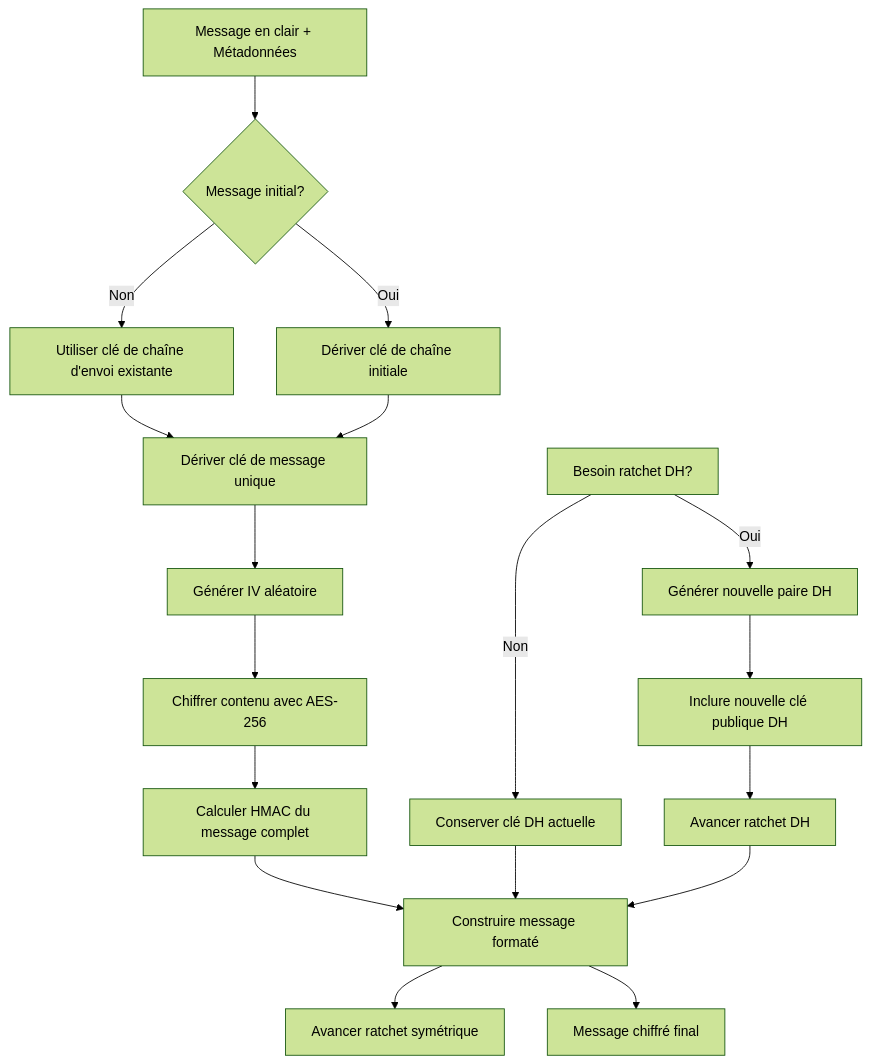
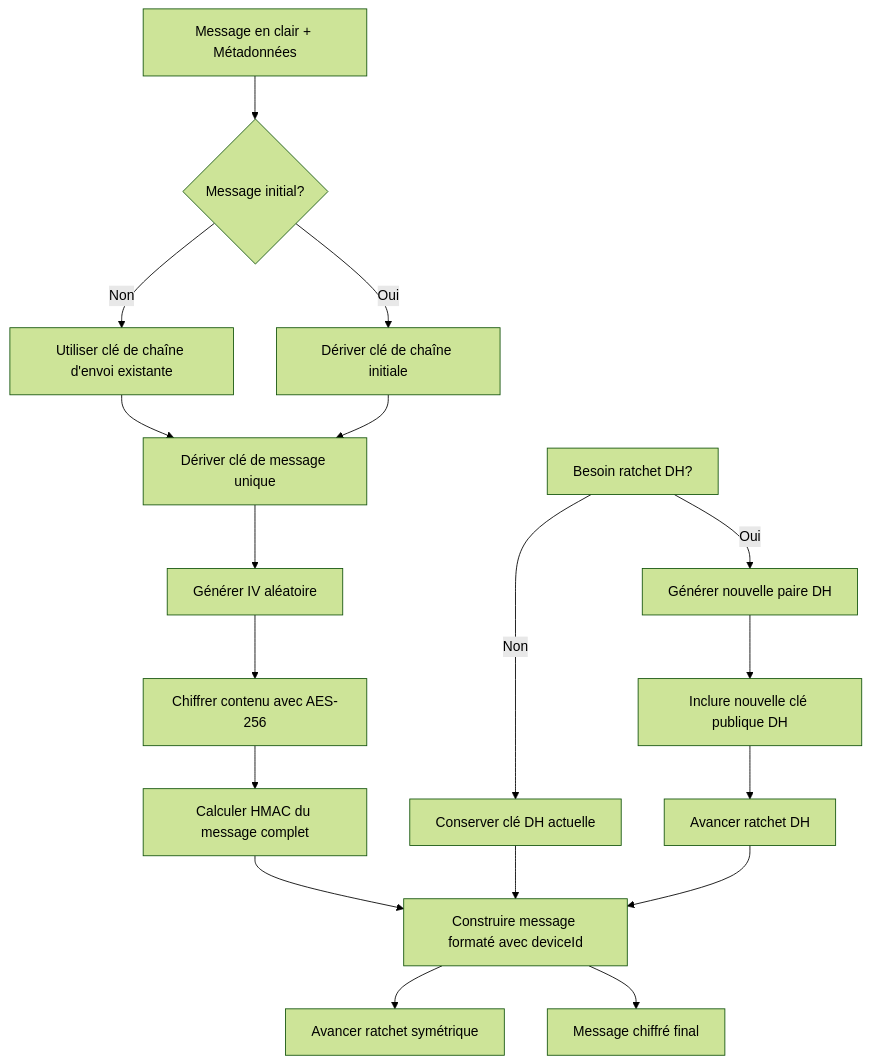
Before and after one commit to whispr-messenger/auth-service: the eighth of 13 diagrams in documentation/2_fonctional_specs/4_encryption_end_to_end.md, drawn with Mermaid (forest theme). The commit also changed other lines of this file and 4 other files, not shown here.

````diff
--- a/documentation/2_fonctional_specs/4_encryption_end_to_end.md
+++ b/documentation/2_fonctional_specs/4_encryption_end_to_end.md
@@ -421,28 +436,28 @@
 ```mermaid
 graph TD
     A[Message en clair + Métadonnées] --> B{Message initial?}
     
     B -->|Non| C[Utiliser clé de chaîne d'envoi existante]
     B -->|Oui| D[Dériver clé de chaîne initiale]
     
     C --> E[Dériver clé de message unique]
     D --> E
     
     E --> F[Générer IV aléatoire]
     F --> G[Chiffrer contenu avec AES-256]
     G --> H[Calculer HMAC du message complet]
     
-    H --> I[Construire message formaté]
+    H --> I[Construire message formaté avec deviceId]
     I --> J[Avancer ratchet symétrique]
     
     K[Besoin ratchet DH?] --> |Oui| L[Générer nouvelle paire DH]
     K --> |Non| M[Conserver clé DH actuelle]
     
     L --> N[Inclure nouvelle clé publique DH]
     N --> O[Avancer ratchet DH]
     
     M --> I
     O --> I
     
     I --> P[Message chiffré final]
 ```
````
